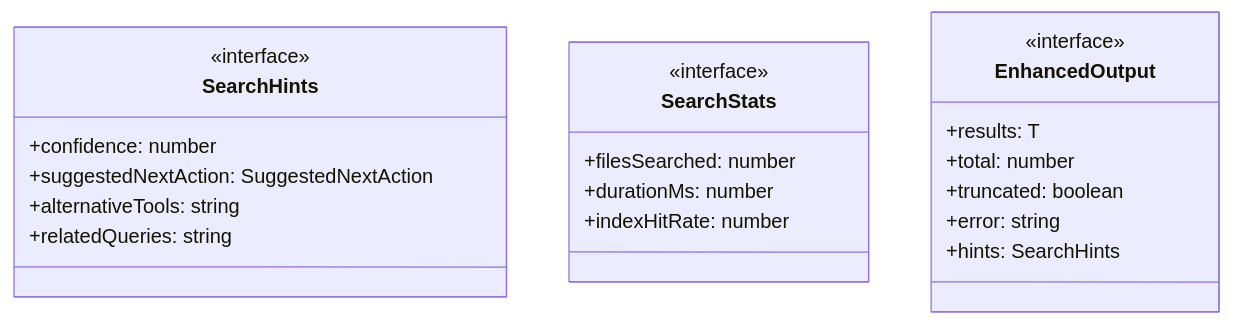
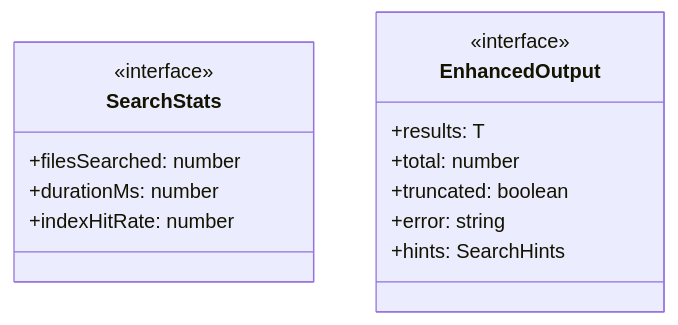
The first of 4 diagrams in ABDD/.pi/extensions/search/utils/output.md (Mekann2904/mekann), drawn with Mermaid before and after one commit. The commit also changed other lines of this file and 257 other files, not shown here.

````diff
--- a/ABDD/.pi/extensions/search/utils/output.md
+++ b/ABDD/.pi/extensions/search/utils/output.md
@@ -59,24 +66,17 @@
 ```mermaid
 classDiagram
-  class SearchHints {
-    <<interface>>
-    +confidence: number
-    +suggestedNextAction: SuggestedNextAction
-    +alternativeTools: string
-    +relatedQueries: string
-  }
   class SearchStats {
     <<interface>>
     +filesSearched: number
     +durationMs: number
     +indexHitRate: number
   }
   class EnhancedOutput {
     <<interface>>
     +results: T
     +total: number
     +truncated: boolean
     +error: string
     +hints: SearchHints
   }
 ```
````
